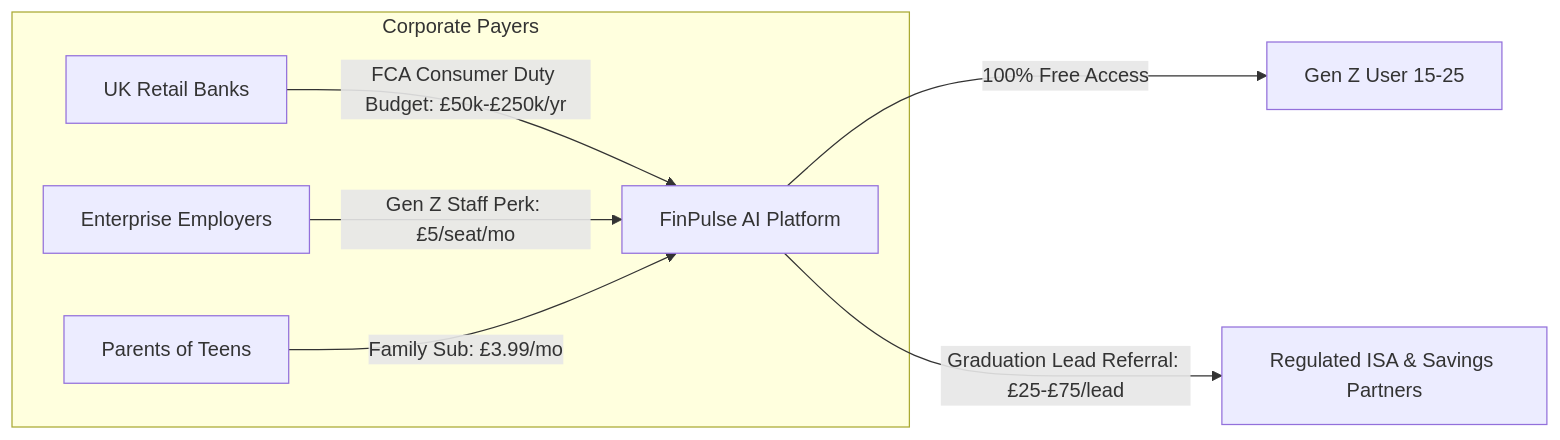
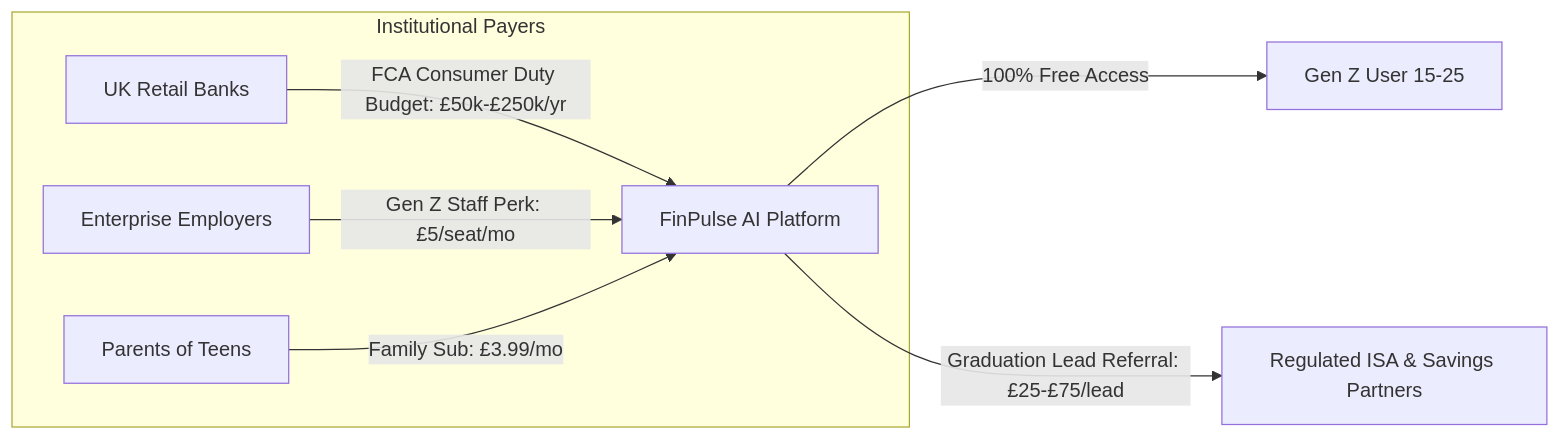
Before and after one commit to ShieldTech-Ltd/finpulse-ai: the third of 3 diagrams in README.md, drawn with Mermaid. The commit also changed other lines of this file, not shown here.

Commit message:
fix(docs): resolve Mermaid diagram syntax formatting for GitHub Markdown parser

````diff
--- a/README.md
+++ b/README.md
@@ -143,11 +135,11 @@
 ```mermaid
 flowchart LR
-    subgraph Corporate Payers
-        B1[UK Retail Banks] -->|FCA Consumer Duty Budget: £50k-£250k/yr| Platform[FinPulse AI Platform]
-        B2[Enterprise Employers] -->|Gen Z Staff Perk: £5/seat/mo| Platform
-        B3[Parents of Teens] -->|Family Sub: £3.99/mo| Platform
+    subgraph "Institutional Payers"
+        B1["UK Retail Banks"] -->|FCA Consumer Duty Budget: £50k-£250k/yr| Platform["FinPulse AI Platform"]
+        B2["Enterprise Employers"] -->|Gen Z Staff Perk: £5/seat/mo| Platform
+        B3["Parents of Teens"] -->|Family Sub: £3.99/mo| Platform
     end
 
-    Platform -->|100% Free Access| User[Gen Z User 15-25]
-    Platform -->|Graduation Lead Referral: £25-£75/lead| Partner[Regulated ISA & Savings Partners]
+    Platform -->|100% Free Access| User["Gen Z User 15-25"]
+    Platform -->|Graduation Lead Referral: £25-£75/lead| Partner["Regulated ISA & Savings Partners"]
 ```
````
